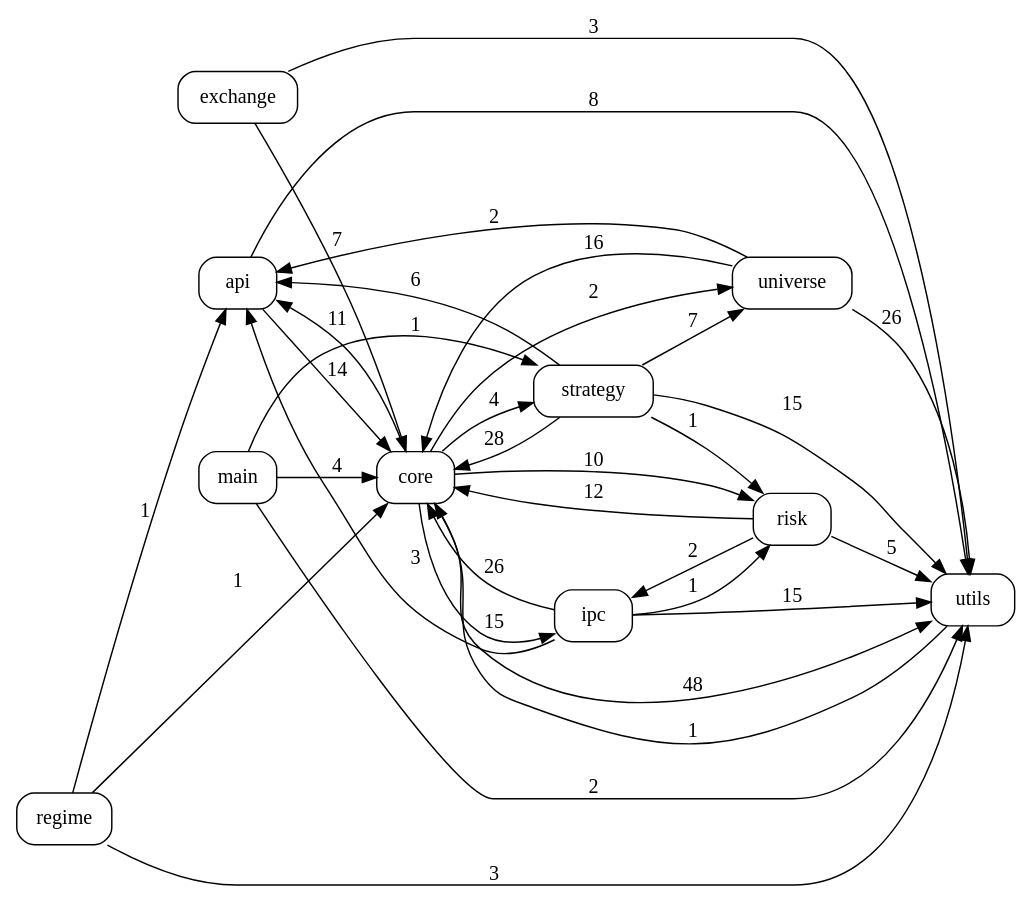
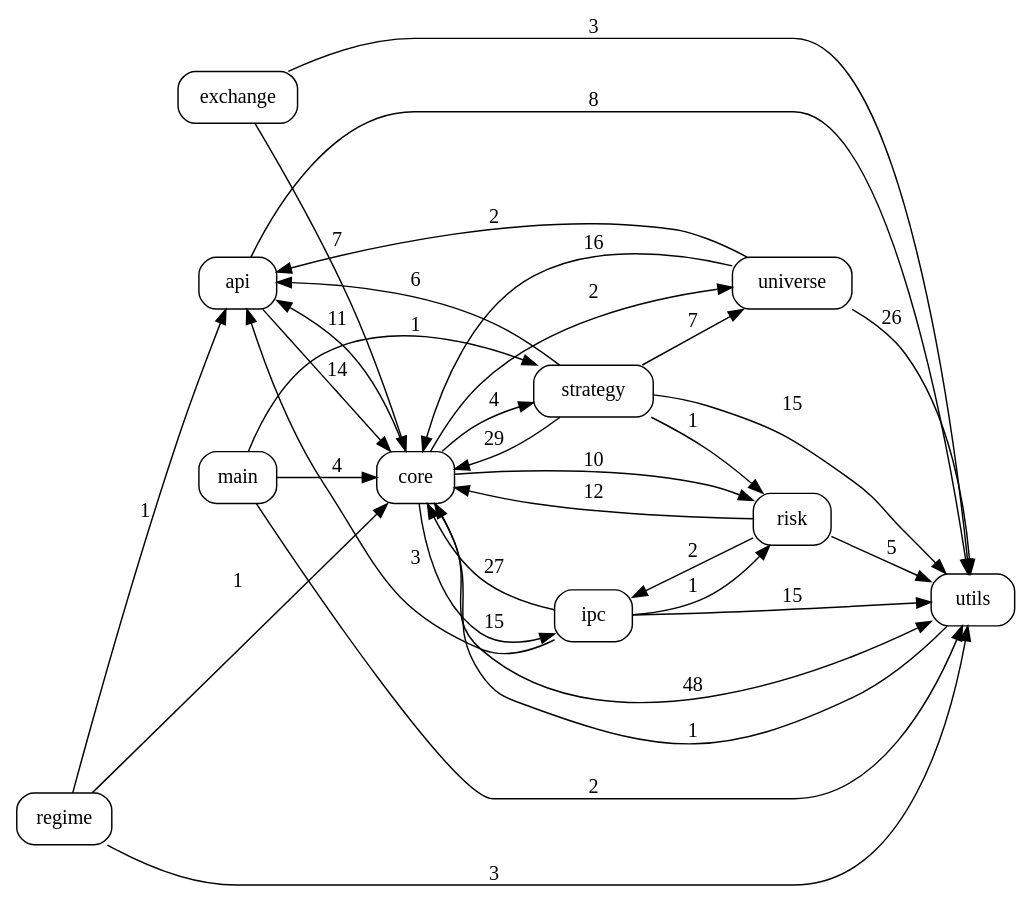
The diagram in docs/code_graph.dot (pypy8171/Quant), drawn with Graphviz before and after one commit. The commit also changed 56 other files, not shown here.

```diff
--- a/docs/code_graph.dot
+++ b/docs/code_graph.dot
@@ -1,46 +1,46 @@
 digraph code_graph {
   rankdir=LR;
   node [shape=box, style=rounded, fontname="Consolas"];
   "api";
   "core";
   "exchange";
   "ipc";
   "main";
   "regime";
   "risk";
   "strategy";
   "universe";
   "utils";
   "api" -> "core" [label="14"];
   "api" -> "utils" [label="8"];
   "core" -> "api" [label="11"];
   "core" -> "ipc" [label="15"];
   "core" -> "risk" [label="10"];
   "core" -> "strategy" [label="4"];
   "core" -> "universe" [label="2"];
   "core" -> "utils" [label="48"];
   "exchange" -> "core" [label="7"];
   "exchange" -> "utils" [label="3"];
   "ipc" -> "api" [label="3"];
-  "ipc" -> "core" [label="26"];
+  "ipc" -> "core" [label="27"];
   "ipc" -> "risk" [label="1"];
   "ipc" -> "utils" [label="15"];
   "main" -> "core" [label="4"];
   "main" -> "strategy" [label="1"];
   "main" -> "utils" [label="2"];
   "regime" -> "api" [label="1"];
   "regime" -> "core" [label="1"];
   "regime" -> "utils" [label="3"];
   "risk" -> "core" [label="12"];
   "risk" -> "ipc" [label="2"];
   "risk" -> "utils" [label="5"];
   "strategy" -> "api" [label="6"];
-  "strategy" -> "core" [label="28"];
+  "strategy" -> "core" [label="29"];
   "strategy" -> "risk" [label="1"];
   "strategy" -> "universe" [label="7"];
   "strategy" -> "utils" [label="15"];
   "universe" -> "api" [label="2"];
   "universe" -> "core" [label="16"];
   "universe" -> "utils" [label="26"];
   "utils" -> "core" [label="1"];
 }
```
